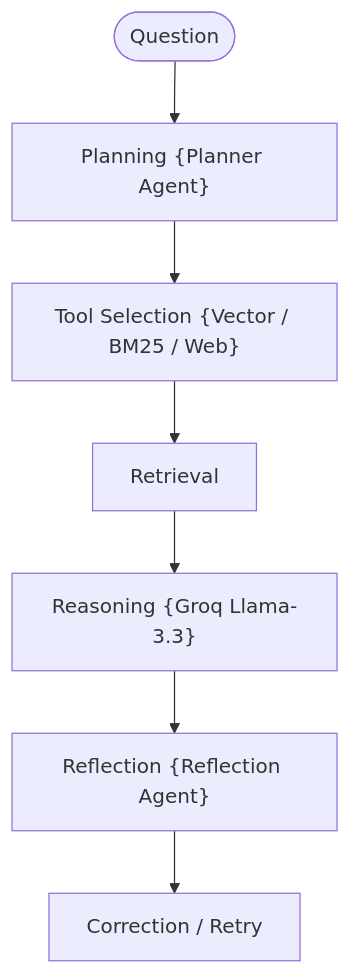
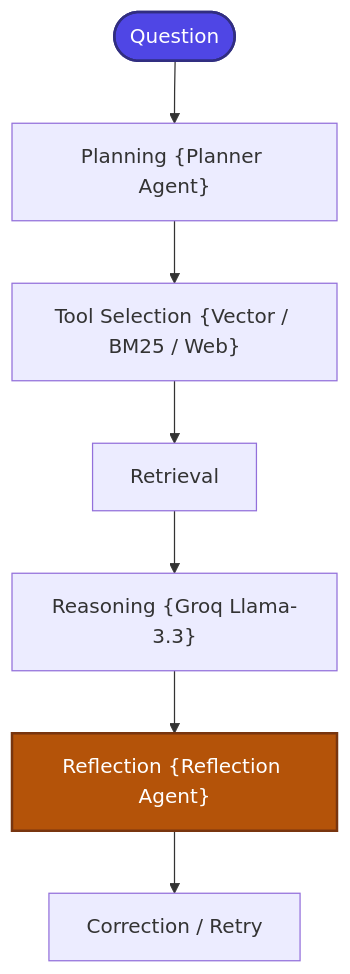
Before and after one commit to mohd-faizy/RAG-Design-Patterns: the first of 2 diagrams in 19_Agentic_RAG/README.md, drawn with Mermaid. The commit also changed other lines of this file and 18 other files, not shown here.

````diff
--- a/19_Agentic_RAG/README.md
+++ b/19_Agentic_RAG/README.md
@@ -23,9 +23,12 @@
 ```mermaid
 graph TD
     Question([Question]) --> Planning["Planning {Planner Agent}"]
     Planning --> ToolSelection["Tool Selection {Vector / BM25 / Web}"]
     ToolSelection --> Retrieval[Retrieval]
     Retrieval --> Reasoning["Reasoning {Groq Llama-3.3}"]
     Reasoning --> Reflection["Reflection {Reflection Agent}"]
     Reflection --> Correction[Correction / Retry]
+
+    style Question fill:#4F46E5,stroke:#312E81,stroke-width:2px,color:#fff
+    style Reflection fill:#B45309,stroke:#78350F,stroke-width:2px,color:#fff
 ```
````
